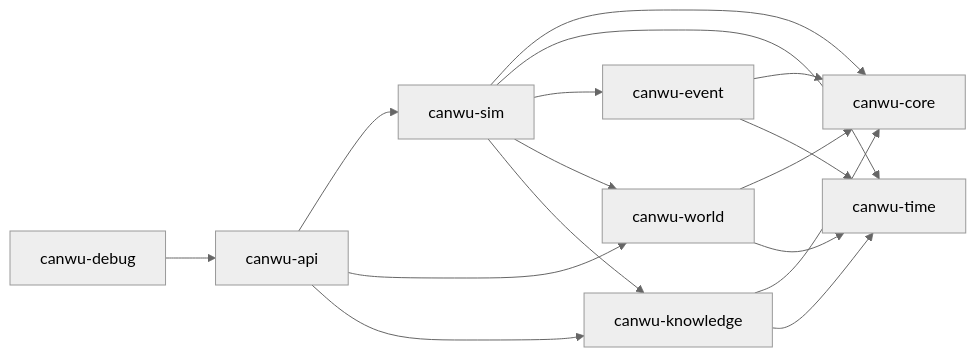
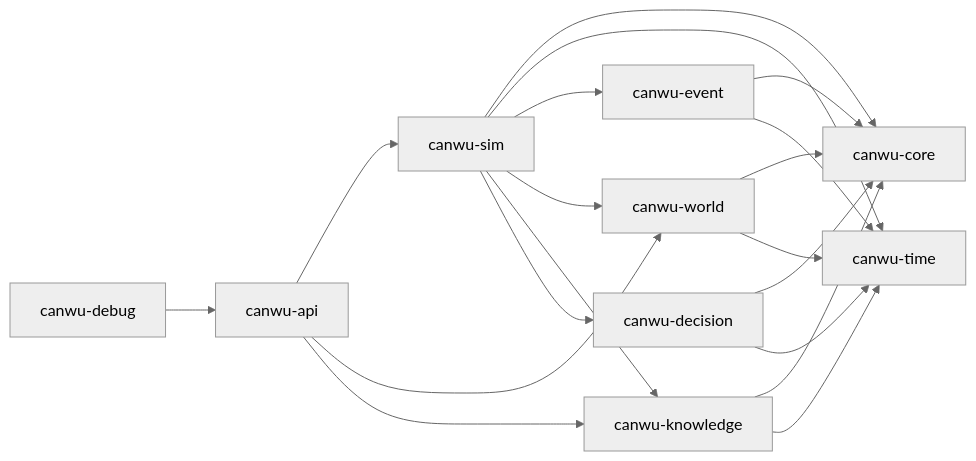
The third of 4 diagrams in docs/architecture.md (PeiyuanQi/canwu), drawn with Mermaid (neutral theme) before and after one commit. The commit also changed other lines of this file and 40 other files, not shown here.

````diff
--- a/docs/architecture.md
+++ b/docs/architecture.md
@@ -124,27 +124,31 @@
 ```mermaid
 flowchart LR
     core[canwu-core]
     time[canwu-time]
     event[canwu-event]
     world[canwu-world]
     knowledge[canwu-knowledge]
+    decision[canwu-decision]
     sim[canwu-sim]
     api[canwu-api]
     debug[canwu-debug]
 
     event --> core
     event --> time
     world --> core
     world --> time
     knowledge --> core
     knowledge --> time
+    decision --> core
+    decision --> time
     sim --> core
     sim --> time
     sim --> event
     sim --> world
     sim --> knowledge
+    sim --> decision
     api --> sim
     api --> world
     api --> knowledge
     debug --> api
 ```
````
